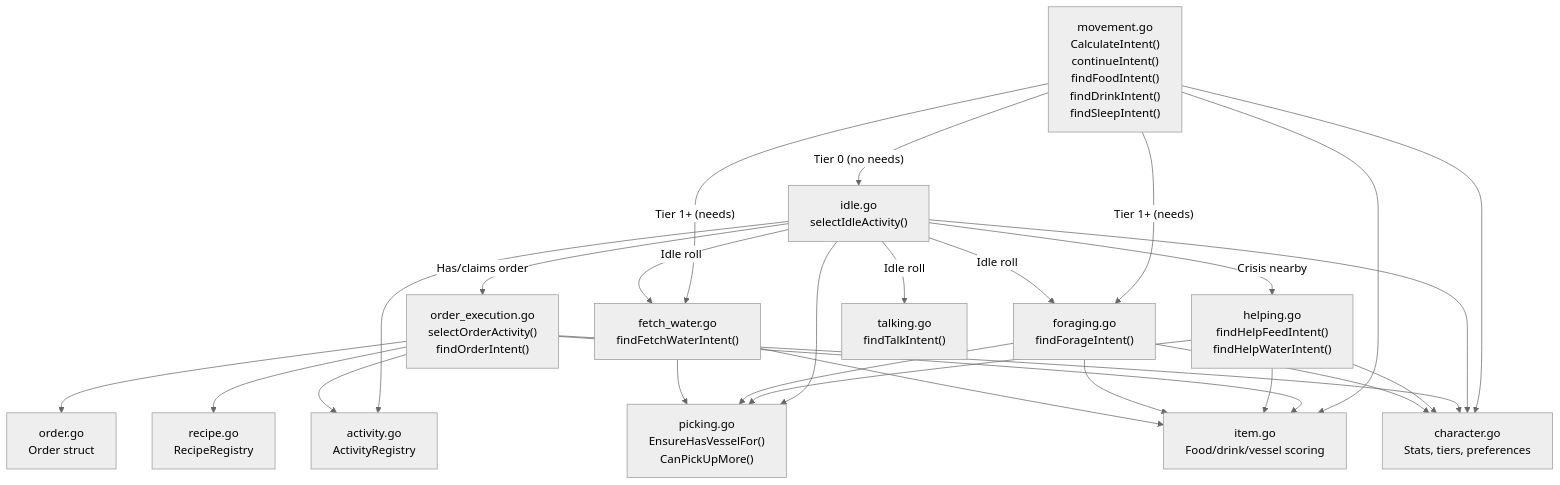
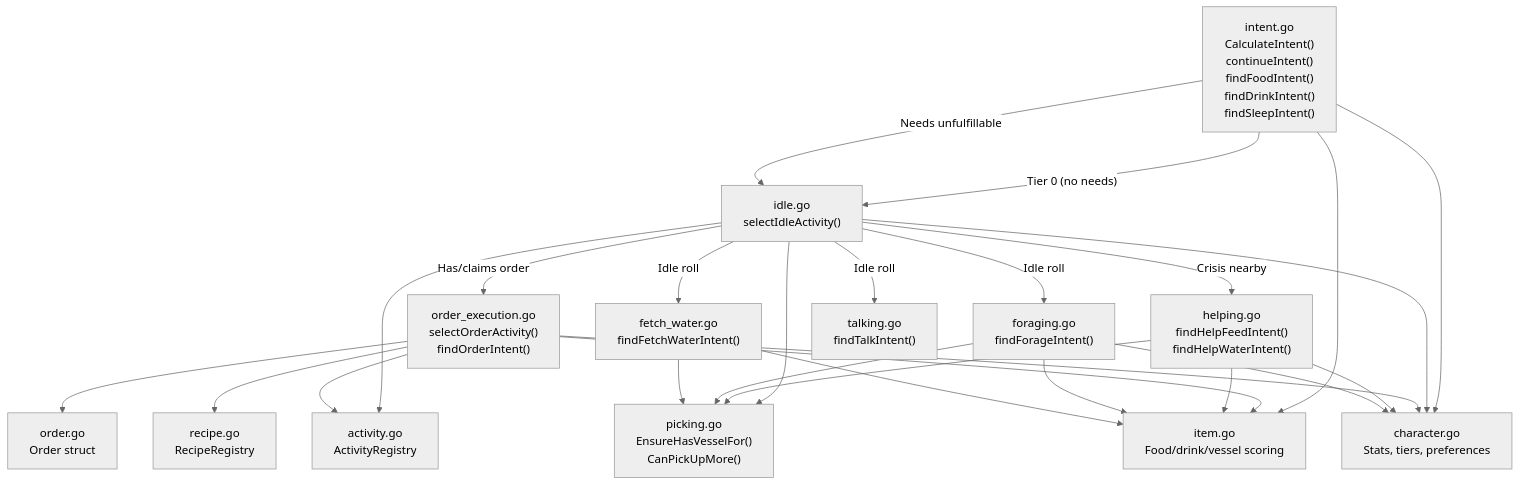
One commit to suzbot/petri changed the second of 10 diagrams in docs/flow-diagrams.md. Above: the diagram before and after it, drawn with Mermaid (neutral theme). The commit also changed other lines of this file and 16 other files, not shown here.

````diff
--- a/docs/flow-diagrams.md
+++ b/docs/flow-diagrams.md
@@ -166,74 +169,73 @@
 ```mermaid
 flowchart TD
-    intent["movement.go
+    intent["intent.go
     CalculateIntent()
     continueIntent()
     findFoodIntent()
     findDrinkIntent()
     findSleepIntent()"]
 
     idle["idle.go
     selectIdleActivity()"]
     orders["order_execution.go
     selectOrderActivity()
     findOrderIntent()"]
     helping["helping.go
     findHelpFeedIntent()
     findHelpWaterIntent()"]
     forage["foraging.go
     findForageIntent()"]
     fetch["fetch_water.go
     findFetchWaterIntent()"]
     talk["talking.go
     findTalkIntent()"]
     pick["picking.go
     EnsureHasVesselFor()
     CanPickUpMore()"]
 
     char["character.go
     Stats, tiers, preferences"]
     item["item.go
     Food/drink/vessel scoring"]
     activity["activity.go
     ActivityRegistry"]
     order["order.go
     Order struct"]
     recipe["recipe.go
     RecipeRegistry"]
 
     %% Intent tree
     intent -->|"Tier 0 (no needs)"| idle
-    intent -->|"Tier 1+ (needs)"| forage
-    intent -->|"Tier 1+ (needs)"| fetch
+    intent -->|"Needs unfulfillable"| idle
     intent --> char
     intent --> item
 
     %% Idle dispatches
     idle -->|"Has/claims order"| orders
     idle -->|"Crisis nearby"| helping
     idle -->|"Idle roll"| forage
     idle -->|"Idle roll"| fetch
     idle -->|"Idle roll"| talk
     idle --> pick
     idle --> activity
     idle --> char
 
     %% Order evaluation
     orders --> activity
     orders --> order
     orders --> item
     orders --> char
     orders --> recipe
 
     %% Helping evaluation
     helping --> pick
     helping --> char
     helping --> item
 
     %% Forage/fetch evaluation
     forage --> pick
     forage --> item
     forage --> char
     fetch --> pick
     fetch --> item
 ```
````
